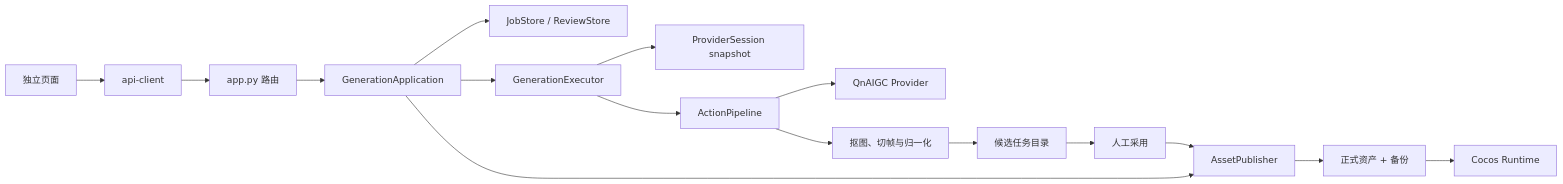
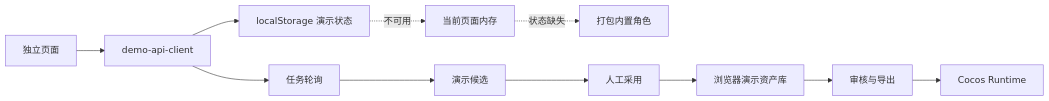
One commit to huyanxius/windup-asset-lab changed the diagram in docs/ARCHITECTURE.md. Above: the diagram before and after it, drawn with Mermaid. The commit also changed other lines of this file and 49 other files, not shown here.

Commit message:
refactor: make asset workflow demo-only

````diff
--- a/docs/ARCHITECTURE.md
+++ b/docs/ARCHITECTURE.md
@@ -83,18 +79,13 @@
 ```mermaid
 flowchart LR
-  UI["独立页面"] --> API["api-client"]
-  API --> HTTP["app.py 路由"]
-  HTTP --> App["GenerationApplication"]
-  App --> Store["JobStore / ReviewStore"]
-  App --> Executor["GenerationExecutor"]
-  App --> Publisher["AssetPublisher"]
-  Executor --> Session["ProviderSession snapshot"]
-  Executor --> Pipeline["ActionPipeline"]
-  Pipeline --> Provider["QnAIGC Provider"]
-  Pipeline --> Process["抠图、切帧与归一化"]
-  Process --> Candidate["候选任务目录"]
+  UI["独立页面"] --> API["demo-api-client"]
+  API --> Local["localStorage 演示状态"]
+  Local -. "不可用" .-> Memory["当前页面内存"]
+  Memory -. "状态缺失" .-> Fixtures["打包内置角色"]
+  API --> Poller["任务轮询"]
+  Poller --> Candidate["演示候选"]
   Candidate --> Review["人工采用"]
-  Review --> Publisher
-  Publisher --> Assets["正式资产 + 备份"]
-  Assets --> Cocos["Cocos Runtime"]
+  Review --> Library["浏览器演示资产库"]
+  Library --> Editor["审核与导出"]
+  Editor --> Cocos["Cocos Runtime"]
 ```
````
